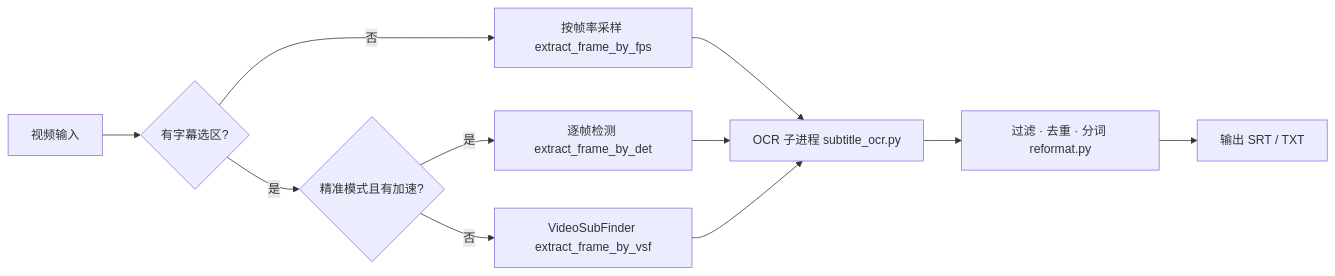
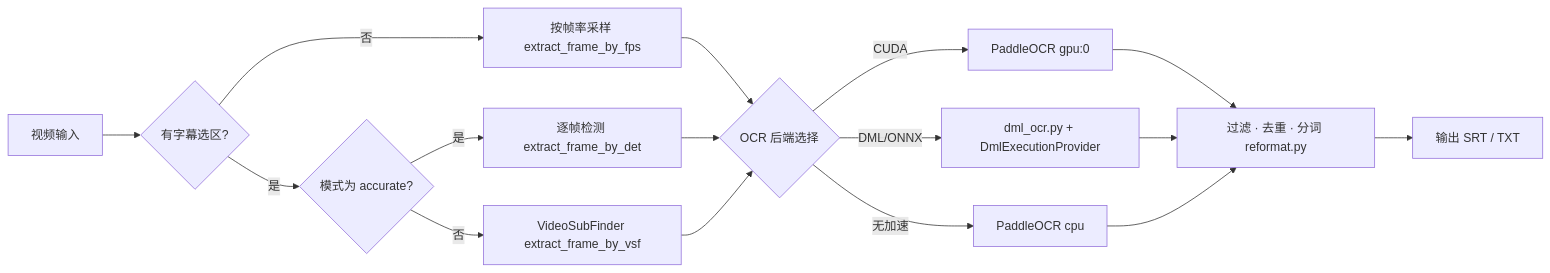
Before and after one commit to Catfish-Y/video-subtitle-extractor-DirectML: the first of 2 diagrams in CODEBASE_GUIDE.md, drawn with Mermaid. The commit also changed other lines of this file, not shown here.

````diff
--- a/CODEBASE_GUIDE.md
+++ b/CODEBASE_GUIDE.md
@@ -52,13 +55,18 @@
 ```mermaid
 flowchart LR
     A[视频输入] --> B{有字幕选区?}
     B -->|否| C[按帧率采样 extract_frame_by_fps]
-    B -->|是| D{精准模式且有加速?}
+    B -->|是| D{模式为 accurate?}
     D -->|是| E[逐帧检测 extract_frame_by_det]
     D -->|否| F[VideoSubFinder extract_frame_by_vsf]
-    C --> G[OCR 子进程 subtitle_ocr.py]
+    C --> G{OCR 后端选择}
     E --> G
     F --> G
-    G --> H[过滤 · 去重 · 分词 reformat.py]
-    H --> I[输出 SRT / TXT]
+    G -->|CUDA| H[PaddleOCR gpu:0]
+    G -->|DML/ONNX| I[dml_ocr.py + DmlExecutionProvider]
+    G -->|无加速| J[PaddleOCR cpu]
+    H --> K[过滤 · 去重 · 分词 reformat.py]
+    I --> K
+    J --> K
+    K --> L[输出 SRT / TXT]
 ```
````
